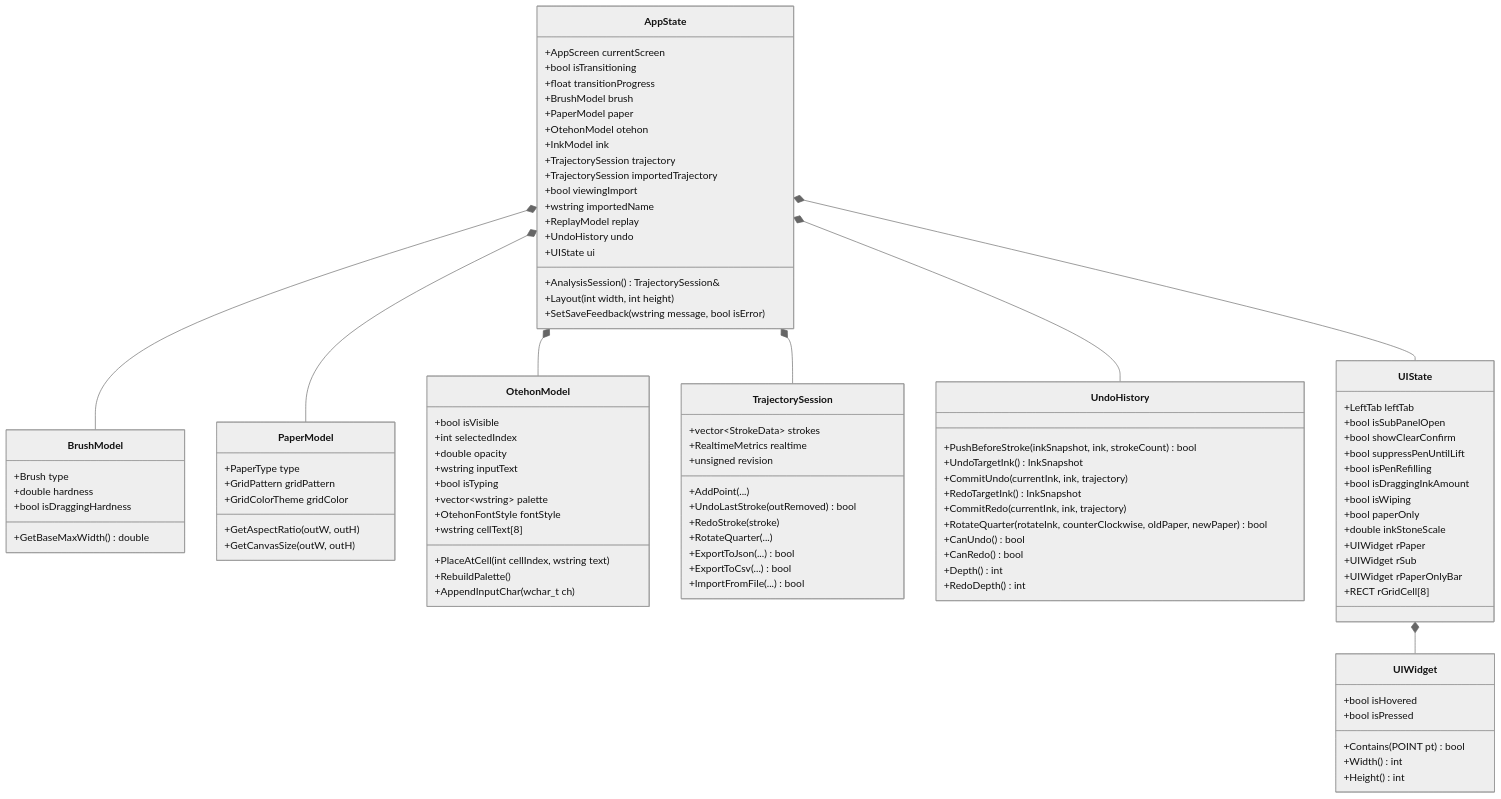
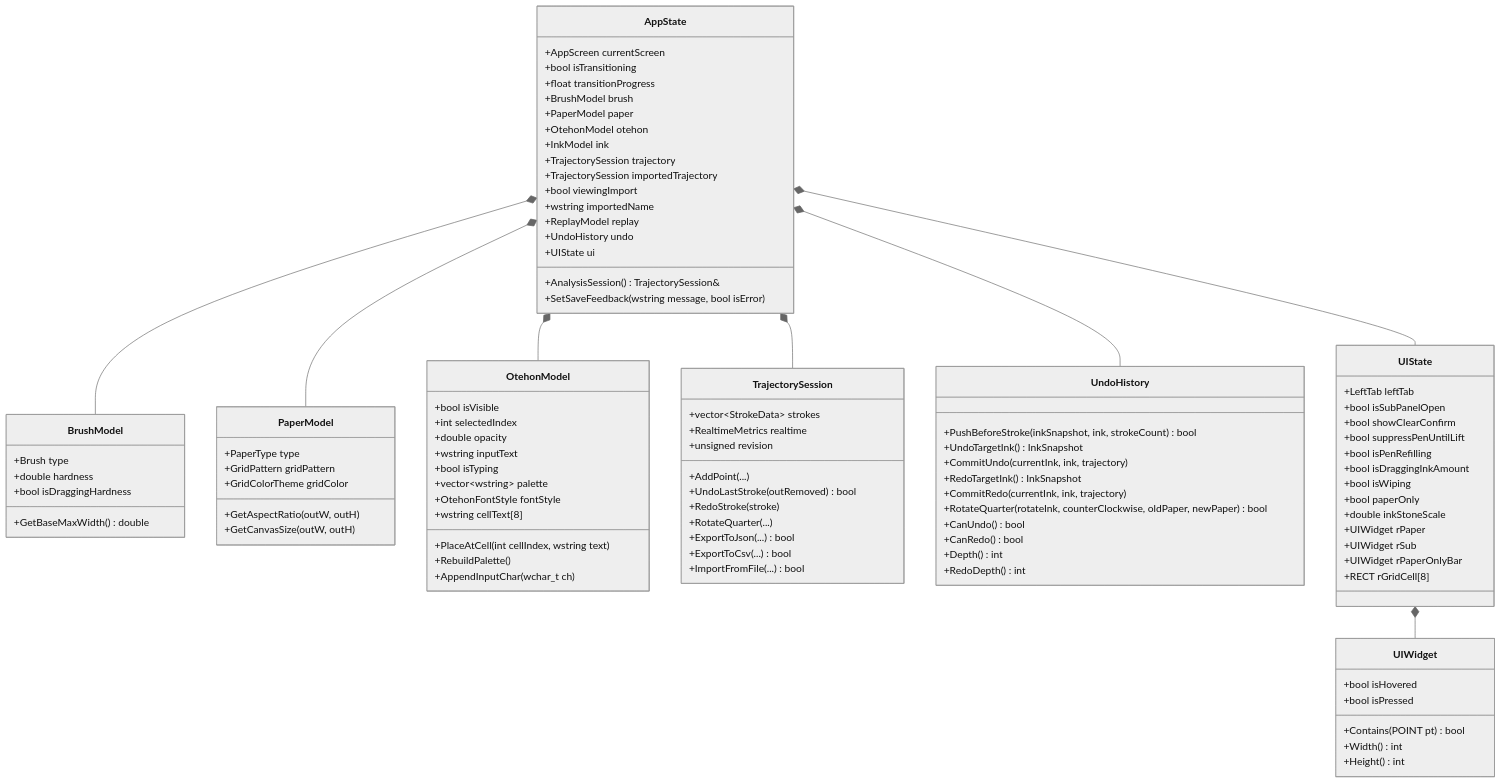
The diagram in learn/models.md (OkuboKazuki/Fude_Sense), drawn with Mermaid (neutral theme) before and after one commit. The commit also changed other lines of this file and 5 other files, not shown here.

```diff
--- a/learn/models.md
+++ b/learn/models.md
@@ -26,7 +26,6 @@
         +UndoHistory undo
         +UIState ui
         +AnalysisSession() TrajectorySession&
-        +Layout(int width, int height)
         +SetSaveFeedback(wstring message, bool isError)
     }
 
```
